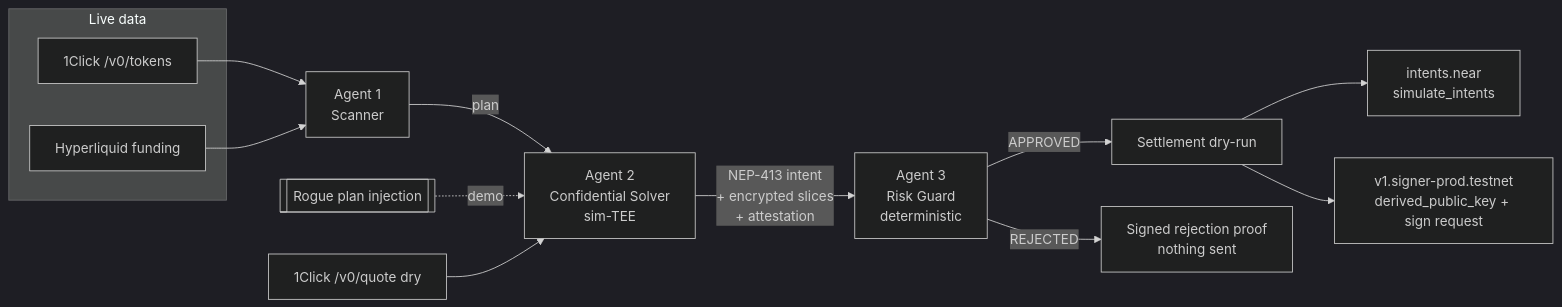
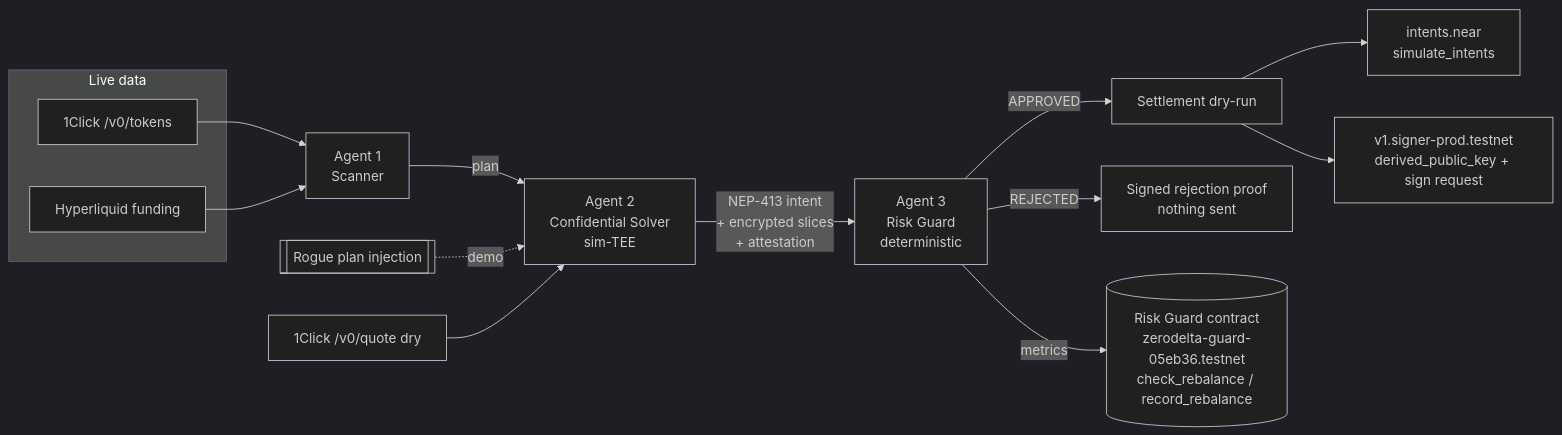
One commit to g4stein/zerodelta changed the diagram in README.md. Above: the diagram before and after it, drawn with Mermaid (dark theme). The commit also changed other lines of this file and 18 other files, not shown here.

First line of the commit message:
feat: deploy Risk Guard contract on NEAR testnet with on-chain proof

````diff
--- a/README.md
+++ b/README.md
@@ -85,17 +130,18 @@
 ```mermaid
 flowchart LR
   subgraph Live data
     T[1Click /v0/tokens]
     F[Hyperliquid funding]
   end
   T --> A1
   F --> A1
   A1[Agent 1<br/>Scanner] -- plan --> A2
   R[[Rogue plan injection]] -. demo .-> A2
   A2[Agent 2<br/>Confidential Solver<br/>sim-TEE] -- "NEP-413 intent<br/>+ encrypted slices<br/>+ attestation" --> A3
   Q[1Click /v0/quote dry] --> A2
   A3[Agent 3<br/>Risk Guard<br/>deterministic] -- APPROVED --> S
   A3 -- REJECTED --> X[Signed rejection proof<br/>nothing sent]
   S[Settlement dry-run] --> I[intents.near<br/>simulate_intents]
   S --> M[v1.signer-prod.testnet<br/>derived_public_key + sign request]
+  A3 -- metrics --> C[(Risk Guard contract<br/>zerodelta-guard-05eb36.testnet<br/>check_rebalance / record_rebalance)]
 ```
````
